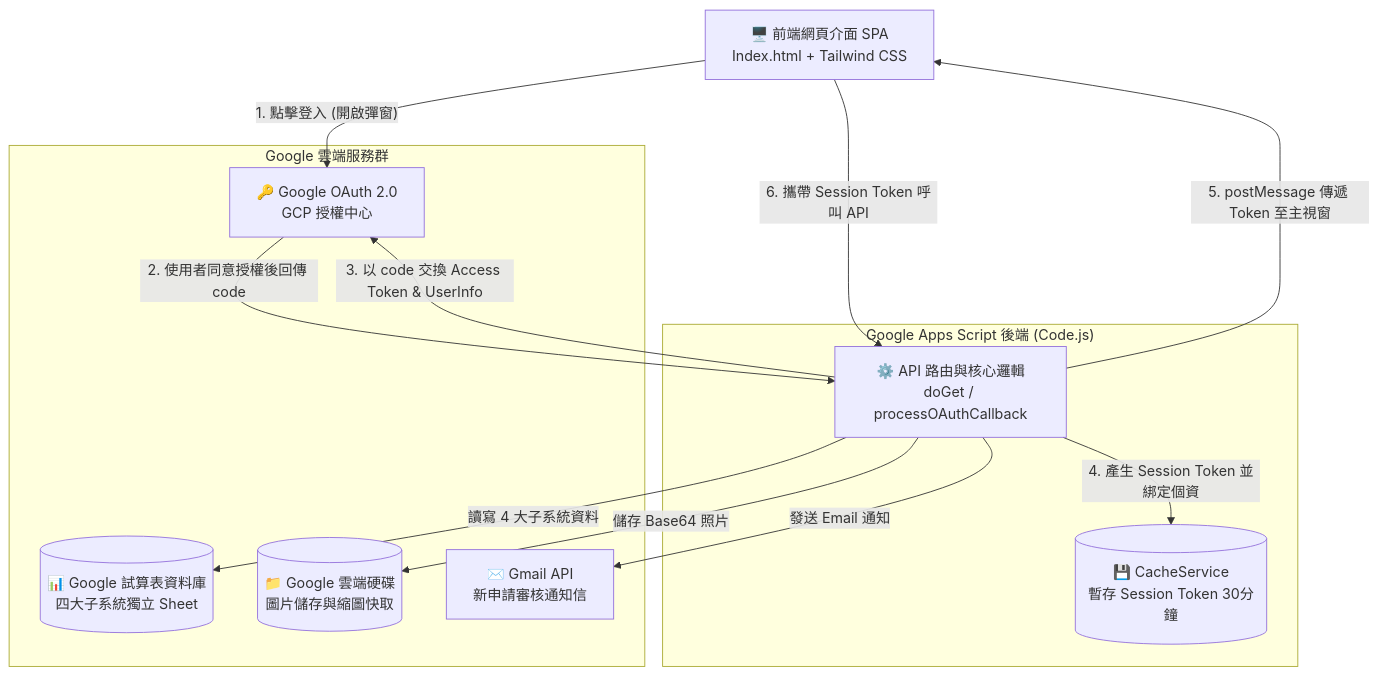
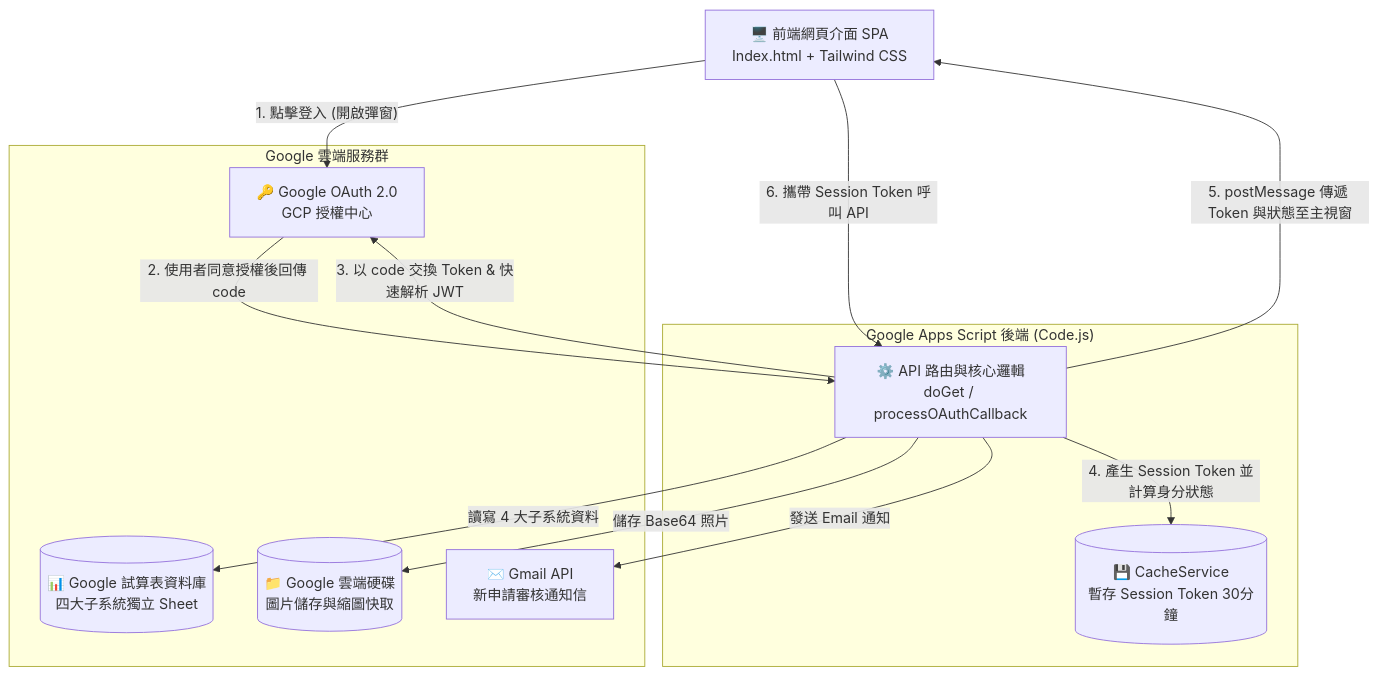
Before and after one commit to SamnPhysics/scienceprocurement: the first of 2 diagrams in OAuth2_GuideLine.md, drawn with Mermaid. The commit also changed other lines of this file and 3 other files, not shown here.

````diff
--- a/OAuth2_GuideLine.md
+++ b/OAuth2_GuideLine.md
@@ -24,27 +24,27 @@
 ```mermaid
 graph TD
     Client[🖥️ 前端網頁介面 SPA<br>Index.html + Tailwind CSS]
     
     subgraph GAS_Backend ["Google Apps Script 後端 (Code.js)"]
         GAS[⚙️ API 路由與核心邏輯<br>doGet / processOAuthCallback]
         Cache[(💾 CacheService<br>暫存 Session Token 30分鐘)]
     end
     
     subgraph Google_Cloud ["Google 雲端服務群"]
         OAuth[🔑 Google OAuth 2.0<br>GCP 授權中心]
         Sheets[(📊 Google 試算表資料庫<br>四大子系統獨立 Sheet)]
         Drive[(📁 Google 雲端硬碟<br>圖片儲存與縮圖快取)]
         Mail[✉️ Gmail API<br>新申請審核通知信]
     end
 
     Client -- 1. 點擊登入 (開啟彈窗) --> OAuth
     OAuth -- 2. 使用者同意授權後回傳 code --> GAS
-    GAS -- 3. 以 code 交換 Access Token & UserInfo --> OAuth
-    GAS -- 4. 產生 Session Token 並綁定個資 --> Cache
-    GAS -- 5. postMessage 傳遞 Token 至主視窗 --> Client
+    GAS -- 3. 以 code 交換 Token & 快速解析 JWT --> OAuth
+    GAS -- 4. 產生 Session Token 並計算身分狀態 --> Cache
+    GAS -- 5. postMessage 傳遞 Token 與狀態至主視窗 --> Client
     
     Client -- 6. 攜帶 Session Token 呼叫 API --> GAS
     GAS -- 讀寫 4 大子系統資料 --> Sheets
     GAS -- 儲存 Base64 照片 --> Drive
     GAS -- 發送 Email 通知 --> Mail
 ```
````
